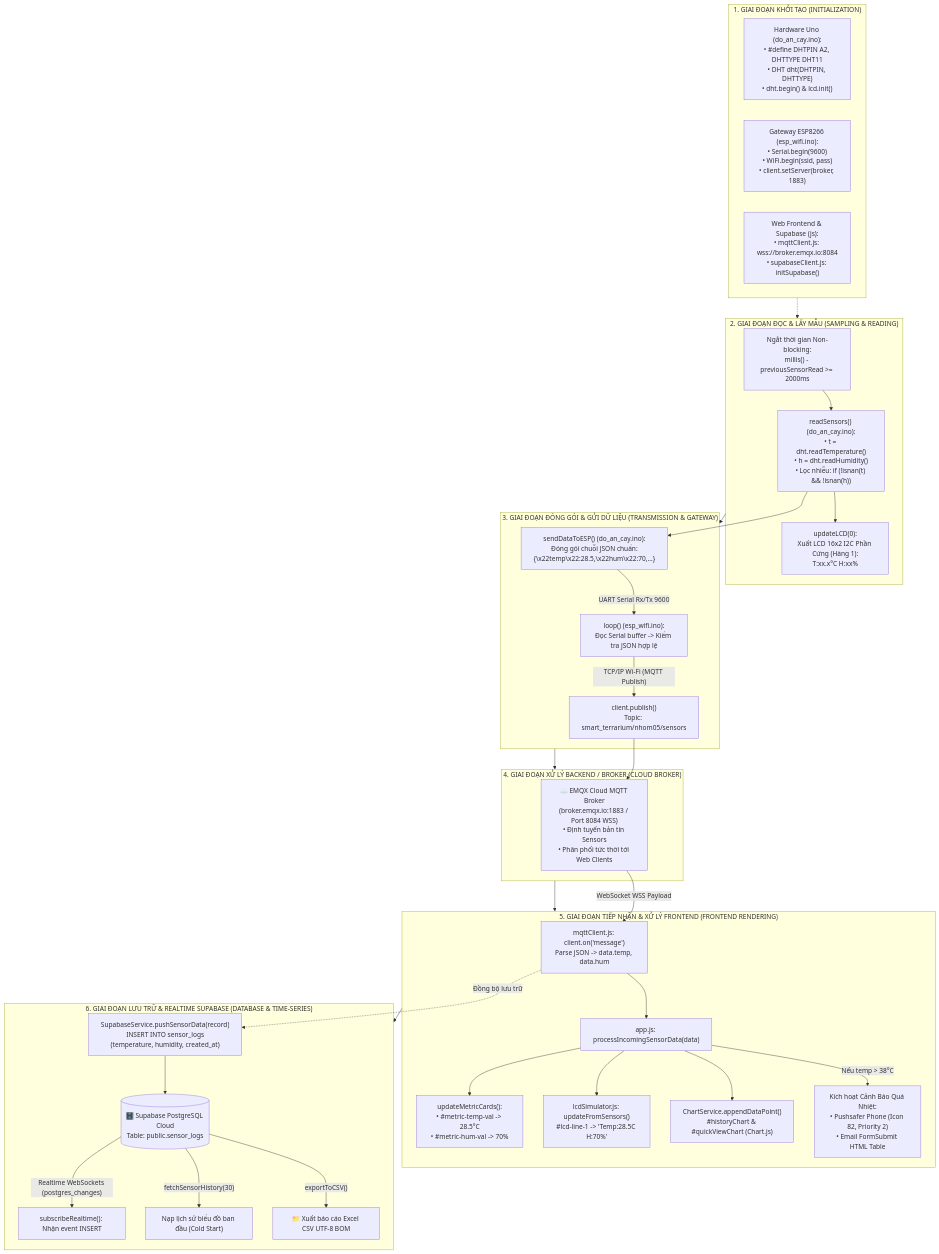
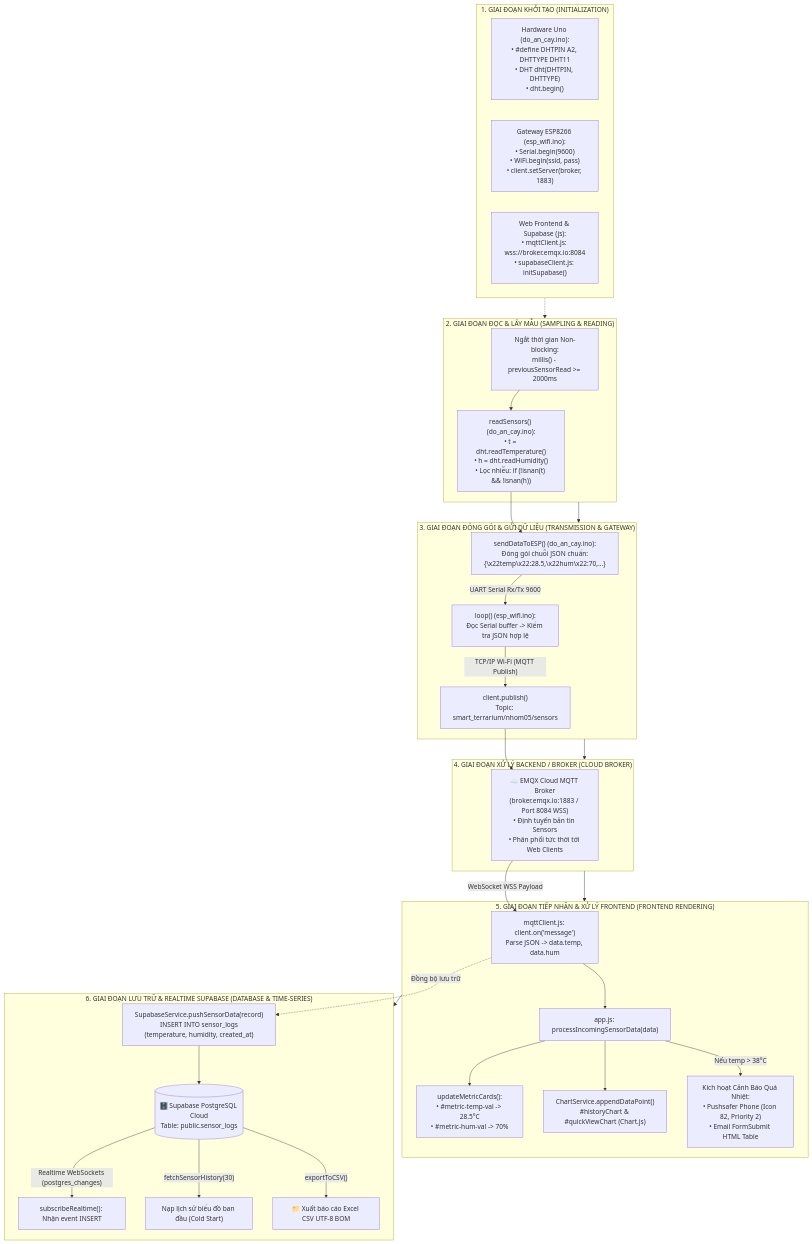
The first of 11 diagrams in BAO_CAO_FLOW_CODE.md (vothuctri/web_vlcntt), drawn with Mermaid before and after one commit. The commit also changed other lines of this file, not shown here.

````diff
--- a/BAO_CAO_FLOW_CODE.md
+++ b/BAO_CAO_FLOW_CODE.md
@@ -47,48 +52,46 @@
 ```mermaid
 flowchart TD
     subgraph STAGE1 ["1. GIAI ĐOẠN KHỞI TẠO (INITIALIZATION)"]
-        HW_INIT["Hardware Uno (do_an_cay.ino):<br>• #define DHTPIN A2, DHTTYPE DHT11<br>• DHT dht(DHTPIN, DHTTYPE)<br>• dht.begin() & lcd.init()"]
+        HW_INIT["Hardware Uno (do_an_cay.ino):<br>• #define DHTPIN A2, DHTTYPE DHT11<br>• DHT dht(DHTPIN, DHTTYPE)<br>• dht.begin()"]
         ESP_INIT["Gateway ESP8266 (esp_wifi.ino):<br>• Serial.begin(9600)<br>• WiFi.begin(ssid, pass)<br>• client.setServer(broker, 1883)"]
         WEB_INIT["Web Frontend & Supabase (js):<br>• mqttClient.js: wss://broker.emqx.io:8084<br>• supabaseClient.js: initSupabase()"]
     end
 
     subgraph STAGE2 ["2. GIAI ĐOẠN ĐỌC & LẤY MẪU (SAMPLING & READING)"]
         TIMER["Ngắt thời gian Non-blocking:<br>millis() - previousSensorRead >= 2000ms"] --> READ_DHT["readSensors() (do_an_cay.ino):<br>• t = dht.readTemperature()<br>• h = dht.readHumidity()<br>• Lọc nhiễu: if (!isnan(t) && !isnan(h))"]
-        READ_DHT --> LCD_LOCAL["updateLCD(0):<br>Xuất LCD 16x2 I2C Phần Cứng (Hàng 1):<br>T:xx.x°C H:xx%"]
     end
 
     subgraph STAGE3 ["3. GIAI ĐOẠN ĐÓNG GÓI & GỬI DỮ LIỆU (TRANSMISSION & GATEWAY)"]
         READ_DHT --> PKG_JSON["sendDataToESP() (do_an_cay.ino):<br>Đóng gói chuỗi JSON chuẩn:<br>{\x22temp\x22:28.5,\x22hum\x22:70,...}\n"]
         PKG_JSON -->|"UART Serial Rx/Tx 9600"| ESP_RECV["loop() (esp_wifi.ino):<br>Đọc Serial buffer -> Kiểm tra JSON hợp lệ"]
         ESP_RECV -->|"TCP/IP Wi-Fi (MQTT Publish)"| ESP_SEND["client.publish()<br>Topic: smart_terrarium/nhom05/sensors"]
     end
 
     subgraph STAGE4 ["4. GIAI ĐOẠN XỬ LÝ BACKEND / BROKER (CLOUD BROKER)"]
         ESP_SEND --> CLOUD_MQTT["☁️ EMQX Cloud MQTT Broker<br>(broker.emqx.io:1883 / Port 8084 WSS)<br>• Định tuyến bản tin Sensors<br>• Phân phối tức thời tới Web Clients"]
     end
 
     subgraph STAGE5 ["5. GIAI ĐOẠN TIẾP NHẬN & XỬ LÝ FRONTEND (FRONTEND RENDERING)"]
         CLOUD_MQTT -->|"WebSocket WSS Payload"| JS_ONMSG["mqttClient.js: client.on('message')<br>Parse JSON -> data.temp, data.hum"]
         JS_ONMSG --> APP_PROC["app.js: processIncomingSensorData(data)"]
         
         APP_PROC --> DOM_CARDS["updateMetricCards():<br>• #metric-temp-val -> 28.5°C<br>• #metric-hum-val -> 70%"]
-        APP_PROC --> LCD_SIM["lcdSimulator.js: updateFromSensors()<br>#lcd-line-1 -> 'Temp:28.5C H:70%'"]
         APP_PROC --> CHARTS["ChartService.appendDataPoint()<br>#historyChart & #quickViewChart (Chart.js)"]
         
         APP_PROC -->|"Nếu temp > 38°C"| ALARM["Kích hoạt Cảnh Báo Quá Nhiệt:<br>• Pushsafer Phone (Icon 82, Priority 2)<br>• Email FormSubmit HTML Table"]
     end
 
     subgraph STAGE6 ["6. GIAI ĐOẠN LƯU TRỮ & REALTIME SUPABASE (DATABASE & TIME-SERIES)"]
         JS_ONMSG -.->|"Đồng bộ lưu trữ"| SP_INSERT["SupabaseService.pushSensorData(record)<br>INSERT INTO sensor_logs<br>(temperature, humidity, created_at)"]
         SP_INSERT --> PG_DB[("🗄️ Supabase PostgreSQL Cloud<br>Table: public.sensor_logs")]
         PG_DB -->|"Realtime WebSockets (postgres_changes)"| SP_SUB["subscribeRealtime(): Nhận event INSERT"]
         PG_DB -->|"fetchSensorHistory(30)"| SP_HIST["Nạp lịch sử biểu đồ ban đầu (Cold Start)"]
         PG_DB -->|"exportToCSV()"| CSV_FILE["📁 Xuất báo cáo Excel CSV UTF-8 BOM"]
     end
 
     STAGE1 -.-> STAGE2
     STAGE2 --> STAGE3
     STAGE3 --> STAGE4
     STAGE4 --> STAGE5
     STAGE5 --> STAGE6
 ```
````
